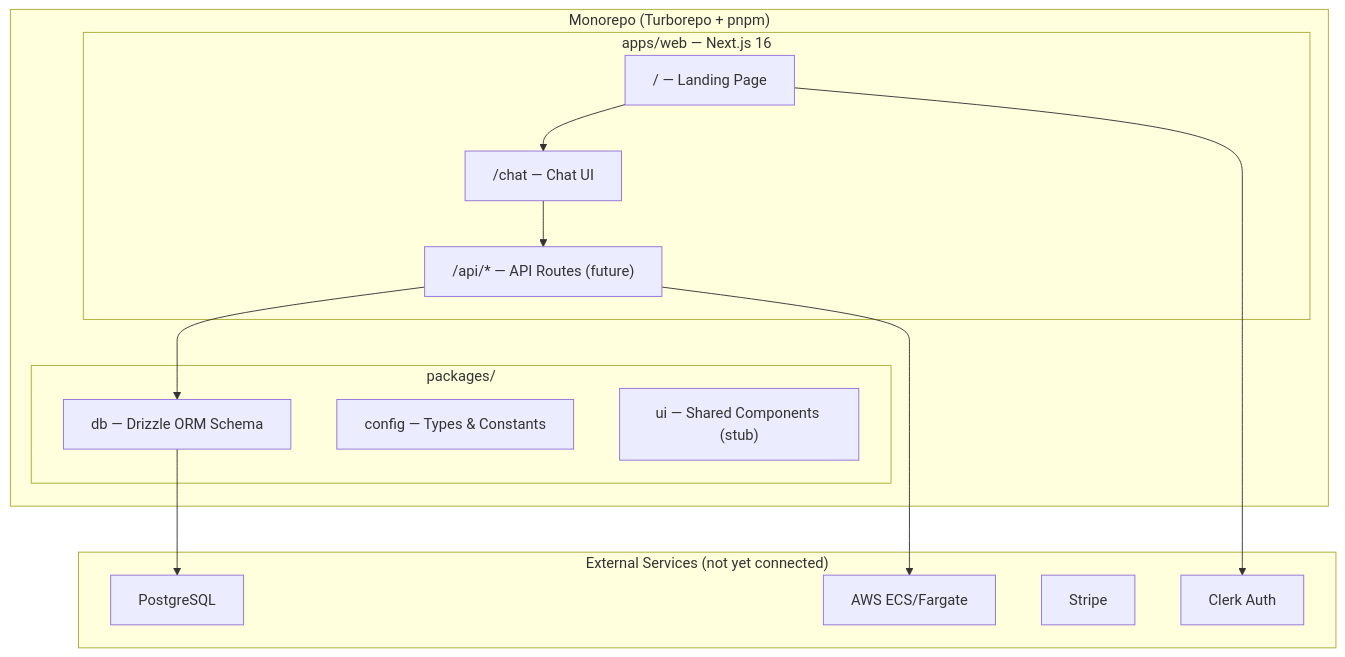
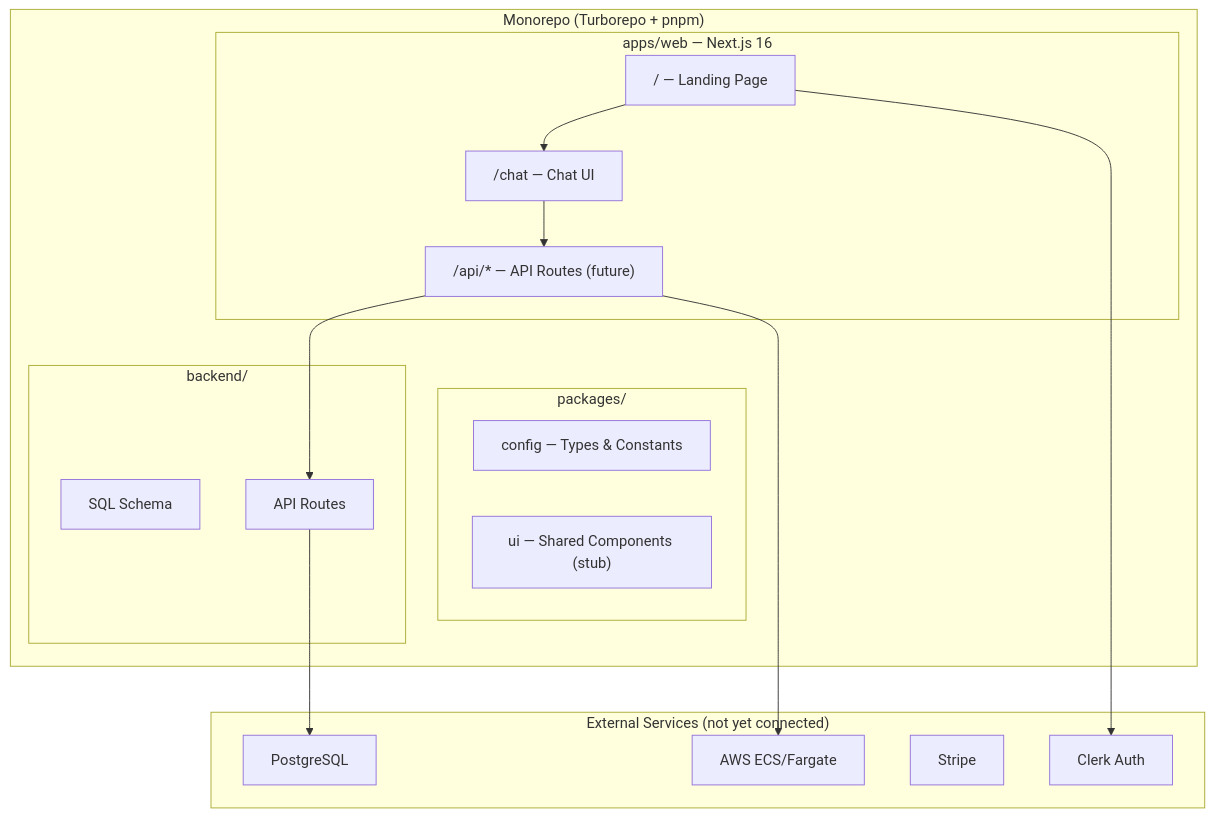
One commit to ZHANGV25/EasyClaw changed the diagram in docs/WALK_THROUGH.md. Above: the diagram before and after it, drawn with Mermaid. The commit also changed other lines of this file and 124 other files, not shown here.

````diff
--- a/docs/WALK_THROUGH.md
+++ b/docs/WALK_THROUGH.md
@@ -9,29 +9,32 @@
 ```mermaid
 graph TB
     subgraph "Monorepo (Turborepo + pnpm)"
         subgraph "apps/web — Next.js 16"
             LP["/ — Landing Page"]
             CH["/chat — Chat UI"]
             API["/api/* — API Routes (future)"]
         end
         subgraph "packages/"
-            DB["db — Drizzle ORM Schema"]
             CFG["config — Types & Constants"]
             UI["ui — Shared Components (stub)"]
+        end
+        subgraph "backend/"
+            SCHEMA["SQL Schema"]
+            ROUTES["API Routes"]
         end
     end
 
     subgraph "External Services (not yet connected)"
         PG["PostgreSQL"]
         CL["Clerk Auth"]
         ST["Stripe"]
         AWS["AWS ECS/Fargate"]
     end
 
     LP --> CH
     CH --> API
-    API --> DB
-    DB --> PG
+    API --> ROUTES
+    ROUTES --> PG
     LP --> CL
     API --> AWS
 ```
````
